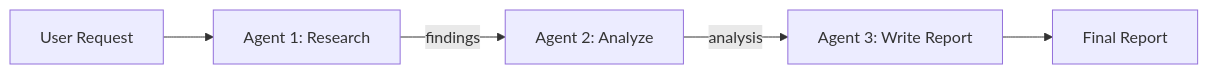
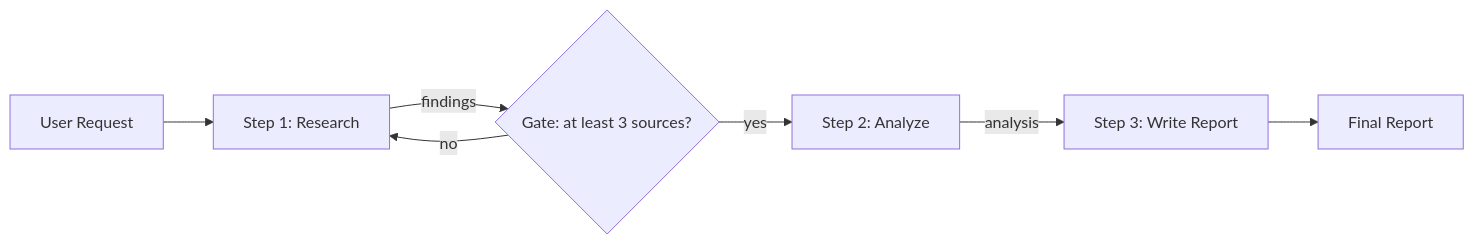
The fifth of 7 diagrams in content/18_ai_agents.md (Hmago/ml4), drawn with Mermaid before and after one commit. The commit also changed other lines of this file and 211 other files, not shown here.

````diff
--- a/content/18_ai_agents.md
+++ b/content/18_ai_agents.md
@@ -543,7 +1012,9 @@
 ```mermaid
 graph LR
-    U[User Request] --> A1[Agent 1: Research]
-    A1 -->|findings| A2[Agent 2: Analyze]
-    A2 -->|analysis| A3[Agent 3: Write Report]
+    U[User Request] --> A1[Step 1: Research]
+    A1 -->|findings| G{Gate: at least 3 sources?}
+    G -->|no| A1
+    G -->|yes| A2[Step 2: Analyze]
+    A2 -->|analysis| A3[Step 3: Write Report]
     A3 --> R[Final Report]
 ```
````
